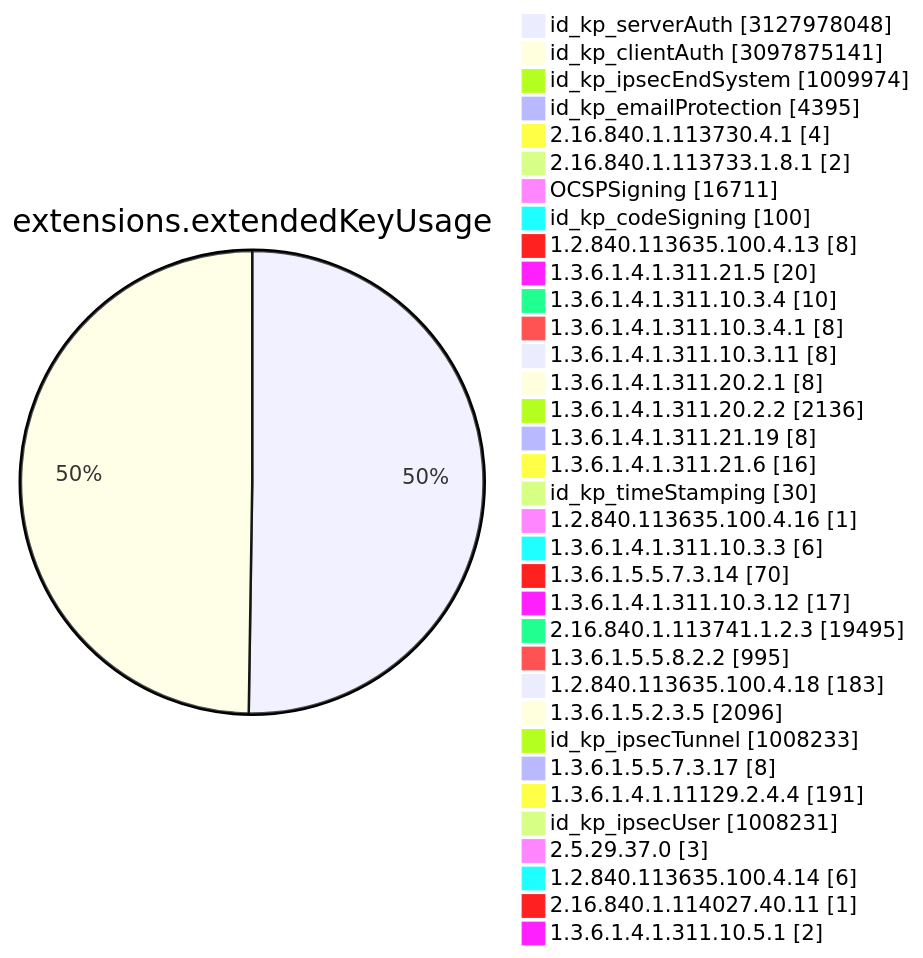
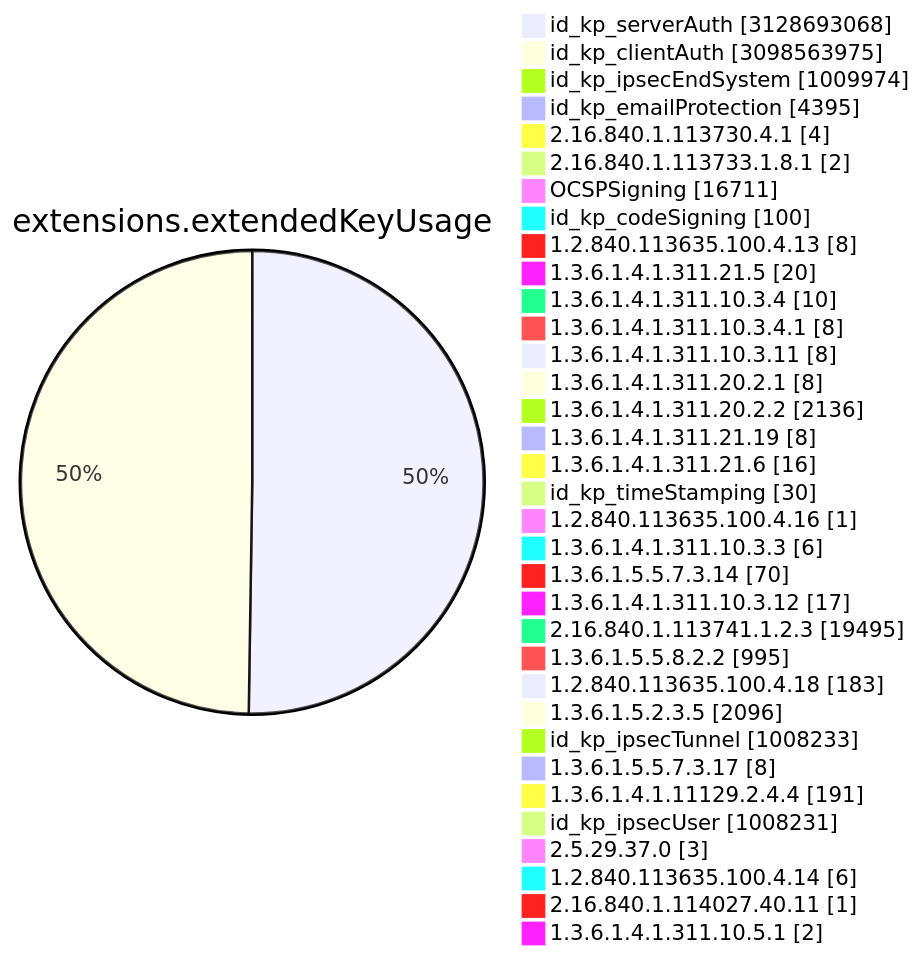
Before and after one commit to christiankrug/ctmonitor_visualization: diagram 11 of 15 in TOTAL/README.md, drawn with Mermaid. The commit also changed other lines of this file, not shown here.

````diff
--- a/TOTAL/README.md
+++ b/TOTAL/README.md
@@ -4119,38 +4119,38 @@
 ```mermaid
 pie showData
 title extensions.extendedKeyUsage
-"id_kp_serverAuth" :3127978048
-"id_kp_clientAuth" :3097875141
+"id_kp_serverAuth" :3128693068
+"id_kp_clientAuth" :3098563975
 "id_kp_ipsecEndSystem" :1009974
 "id_kp_emailProtection" :4395
 "2.16.840.1.113730.4.1" :4
 "2.16.840.1.113733.1.8.1" :2
 "OCSPSigning" :16711
 "id_kp_codeSigning" :100
 "1.2.840.113635.100.4.13" :8
 "1.3.6.1.4.1.311.21.5" :20
 "1.3.6.1.4.1.311.10.3.4" :10
 "1.3.6.1.4.1.311.10.3.4.1" :8
 "1.3.6.1.4.1.311.10.3.11" :8
 "1.3.6.1.4.1.311.20.2.1" :8
 "1.3.6.1.4.1.311.20.2.2" :2136
 "1.3.6.1.4.1.311.21.19" :8
 "1.3.6.1.4.1.311.21.6" :16
 "id_kp_timeStamping" :30
 "1.2.840.113635.100.4.16" :1
 "1.3.6.1.4.1.311.10.3.3" :6
 "1.3.6.1.5.5.7.3.14" :70
 "1.3.6.1.4.1.311.10.3.12" :17
 "2.16.840.1.113741.1.2.3" :19495
 "1.3.6.1.5.5.8.2.2" :995
 "1.2.840.113635.100.4.18" :183
 "1.3.6.1.5.2.3.5" :2096
 "id_kp_ipsecTunnel" :1008233
 "1.3.6.1.5.5.7.3.17" :8
 "1.3.6.1.4.1.11129.2.4.4" :191
 "id_kp_ipsecUser" :1008231
 "2.5.29.37.0" :3
 "1.2.840.113635.100.4.14" :6
 "2.16.840.1.114027.40.11" :1
 "1.3.6.1.4.1.311.10.5.1" :2
 ```
````
